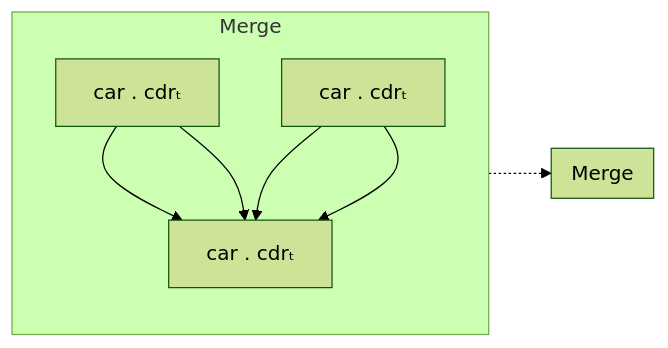
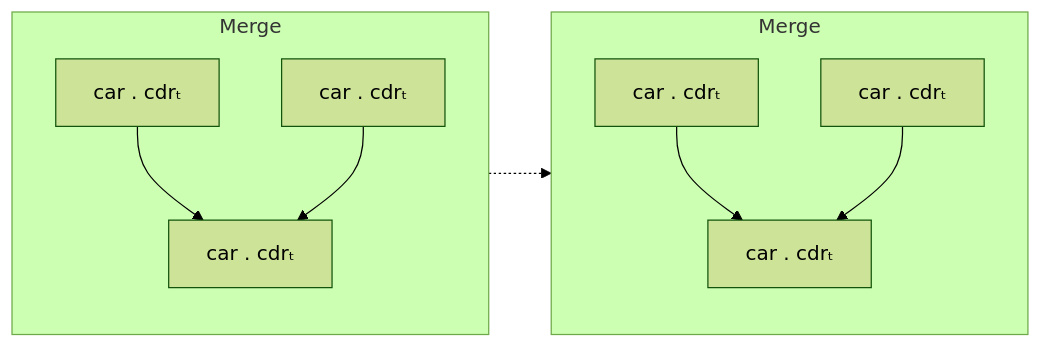
The diagram in slides/papers/stak-scheme/merge.mmd (raviqqe/doc), drawn with Mermaid (forest theme) before and after one commit.

```diff
--- a/slides/papers/stak-scheme/merge.mmd
+++ b/slides/papers/stak-scheme/merge.mmd
@@ -1,16 +1,16 @@
 flowchart LR
   subgraph s0[Merge]
     direction TB
 
     c0[car . cdrₜ] --> c2[car . cdrₜ]
     c1[car . cdrₜ] --> c2
   end
 
   s0 -.-> s1
 
   subgraph s1[Merge]
     direction TB
 
-    c0[car . cdrₜ] --> c2[car . cdrₜ]
-    c1[car . cdrₜ] --> c2
+    c3[car . cdrₜ] --> c5[car . cdrₜ]
+    c4[car . cdrₜ] --> c5
   end
```
